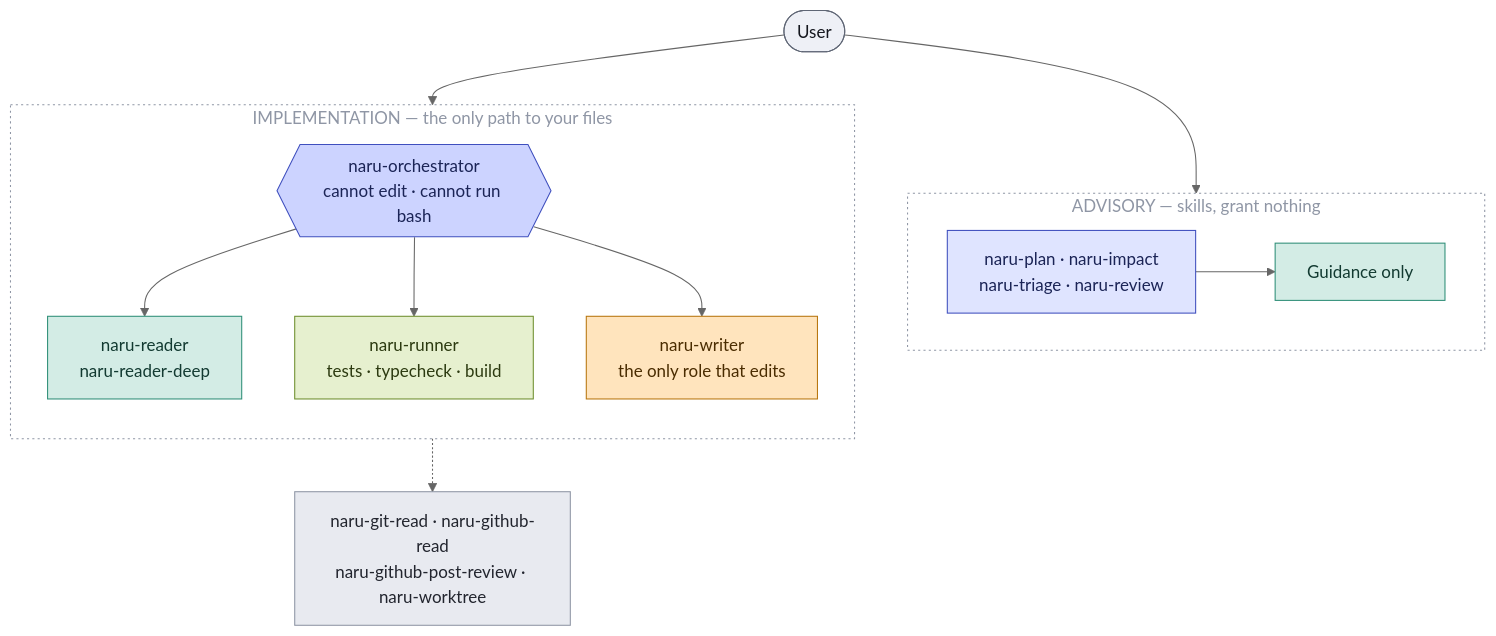
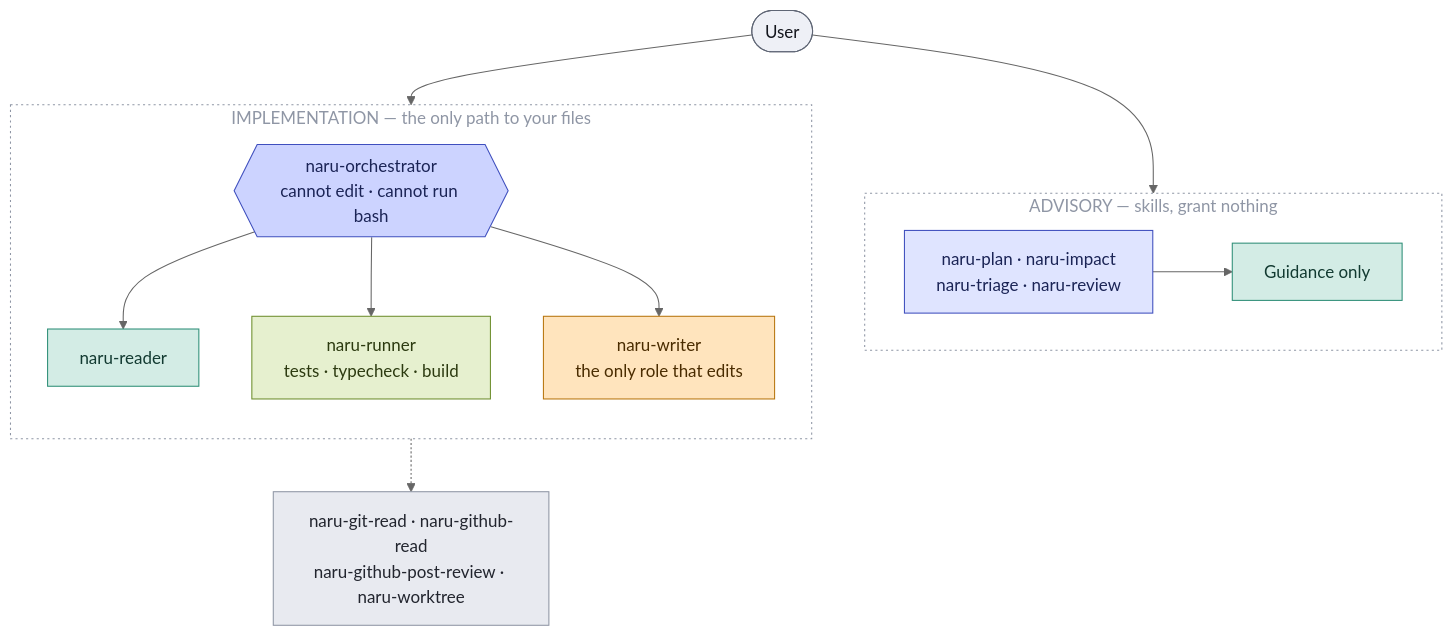
Before and after one commit to sean35mm/naru-opencode: the diagram in docs/src/content/docs/index.mdx, drawn with Mermaid (neutral theme). The commit also changed other lines of this file and 23 other files, not shown here.

````diff
--- a/docs/src/content/docs/index.mdx
+++ b/docs/src/content/docs/index.mdx
@@ -20,34 +20,34 @@
 ```mermaid
 flowchart TB
   U(["User"]):::actor
 
   subgraph advisory["ADVISORY — skills, grant nothing"]
     direction LR
     SK["naru-plan · naru-impact<br/>naru-triage · naru-review"]:::entry --> AG["Guidance only"]:::read
   end
 
   subgraph impl["IMPLEMENTATION — the only path to your files"]
     direction TB
     ORC{{"naru-orchestrator<br/>cannot edit · cannot run bash"}}:::coord
-    ORC --> RD["naru-reader<br/>naru-reader-deep"]:::read
+    ORC --> RD["naru-reader"]:::read
     ORC --> RUN["naru-runner<br/>tests · typecheck · build"]:::shell
     ORC --> WR["naru-writer<br/>the only role that edits"]:::write
   end
 
   TL["naru-git-read · naru-github-read<br/>naru-github-post-review · naru-worktree"]:::gate
 
   U --> SK
   U --> ORC
   ORC -.-> TL
 
   style advisory fill:none,stroke:#8f96a5,stroke-dasharray:2 3,color:#8f96a5
   style impl fill:none,stroke:#8f96a5,stroke-dasharray:2 3,color:#8f96a5
 
   classDef actor fill:#eef0f6,stroke:#5f6675,color:#14161d
   classDef entry fill:#dfe4ff,stroke:#3f4fbe,color:#1b2456
   classDef coord fill:#ccd3ff,stroke:#3f4fbe,color:#1b2456
   classDef read fill:#d3ece5,stroke:#2f8f78,color:#123a31
   classDef shell fill:#e6f0cf,stroke:#6f8f2f,color:#2c3a10
   classDef write fill:#ffe4bd,stroke:#b8760f,color:#4a2c00
   classDef gate fill:#e8eaf0,stroke:#8f96a5,color:#22252e
 ```
````
